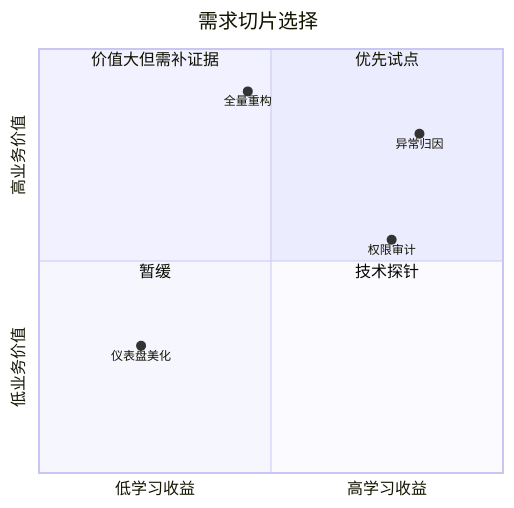
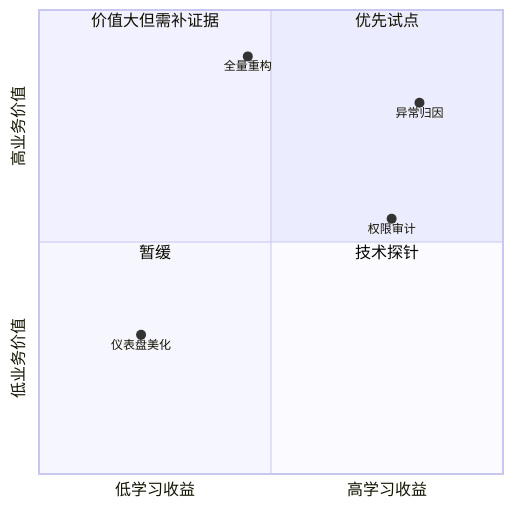
The diagram in 02_discovery/2.4_scope.md (yeasy/forward_deployed_engineering_guide), drawn with Mermaid before and after one commit. The commit also changed 26 other files, not shown here.

````diff
--- a/02_discovery/2.4_scope.md
+++ b/02_discovery/2.4_scope.md
@@ -30,14 +30,13 @@
 ```mermaid
 quadrantChart
-  title 需求切片选择
-  x-axis 低学习收益 --> 高学习收益
-  y-axis 低业务价值 --> 高业务价值
-  quadrant-1 优先试点
-  quadrant-2 价值大但需补证据
-  quadrant-3 暂缓
-  quadrant-4 技术探针
-  异常归因: [0.82, 0.80]
-  权限审计: [0.76, 0.55]
-  仪表盘美化: [0.22, 0.30]
-  全量重构: [0.45, 0.90]
+  x-axis "低学习收益" --> "高学习收益"
+  y-axis "低业务价值" --> "高业务价值"
+  quadrant-1 "优先试点"
+  quadrant-2 "价值大但需补证据"
+  quadrant-3 "暂缓"
+  quadrant-4 "技术探针"
+  "异常归因": [0.82, 0.80]
+  "权限审计": [0.76, 0.55]
+  "仪表盘美化": [0.22, 0.30]
+  "全量重构": [0.45, 0.90]
 ```
````
